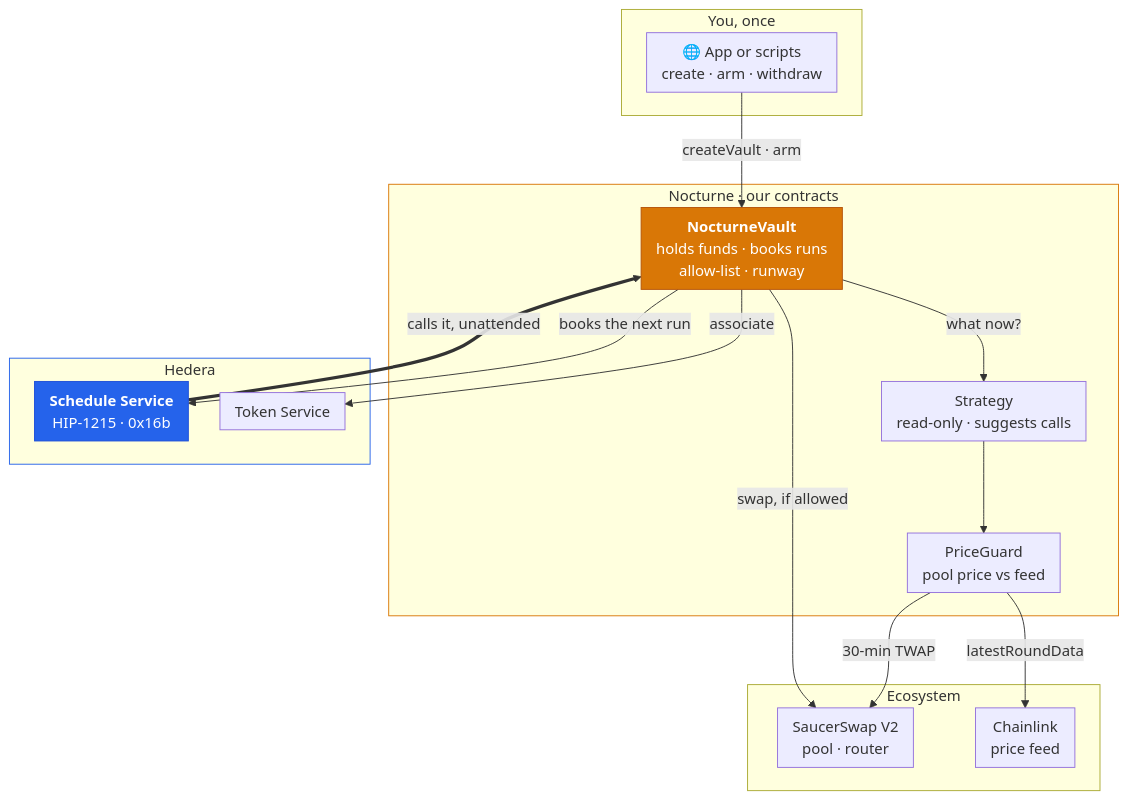
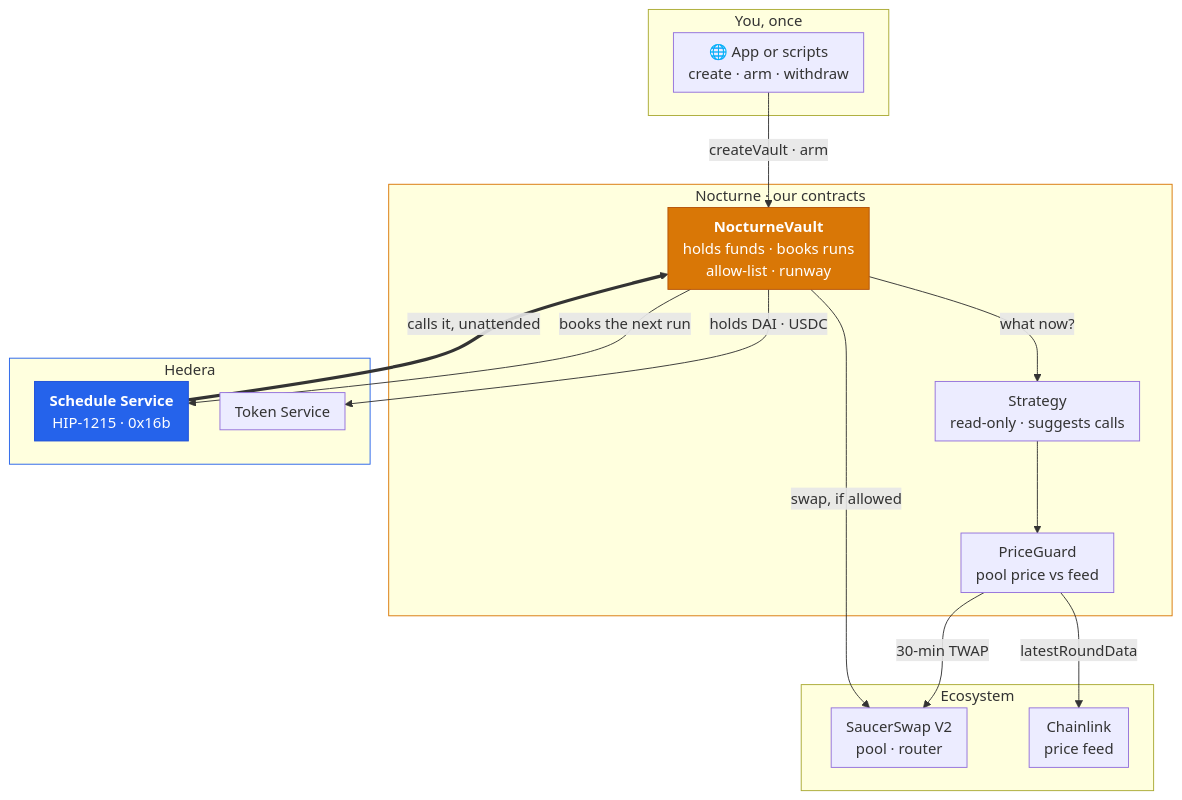
The second of 2 diagrams in README.md (Madhav-Gupta-28/Nocturne), drawn with Mermaid before and after one commit. The commit also changed other lines of this file and 5 other files, not shown here.

````diff
--- a/README.md
+++ b/README.md
@@ -217,45 +228,45 @@
 ```mermaid
 ---
 config:
   flowchart:
     nodeSpacing: 34
     rankSpacing: 50
     padding: 8
     useMaxWidth: true
 ---
 flowchart TB
     subgraph you["You, once"]
         UI["🌐 App or scripts<br/>create · arm · withdraw"]
     end
 
     subgraph nocturne["Nocturne · our contracts"]
         V["<b>NocturneVault</b><br/>holds funds · books runs<br/>allow-list · runway"]
         S["Strategy<br/>read-only · suggests calls"]
         PG["PriceGuard<br/>pool price vs feed"]
     end
 
     subgraph hedera["Hedera"]
         HSS["<b>Schedule Service</b><br/>HIP-1215 · 0x16b"]
         HTS["Token Service"]
     end
 
     subgraph eco["Ecosystem"]
         SS["SaucerSwap V2<br/>pool · router"]
         CL["Chainlink<br/>price feed"]
     end
 
     UI -->|"createVault · arm"| V
     V -->|"books the next run"| HSS
     HSS ==>|"calls it, unattended"| V
     V -->|"what now?"| S
     S --> PG
     PG -->|"30-min TWAP"| SS
     PG -->|"latestRoundData"| CL
     V -->|"swap, if allowed"| SS
-    V -->|"associate"| HTS
+    V -->|"holds DAI · USDC"| HTS
 
     style V fill:#D97706,stroke:#B45309,color:#FFFFFF
     style HSS fill:#2563EB,stroke:#1D4ED8,color:#FFFFFF
     style nocturne stroke:#D97706
     style hedera stroke:#2563EB
 ```
````
